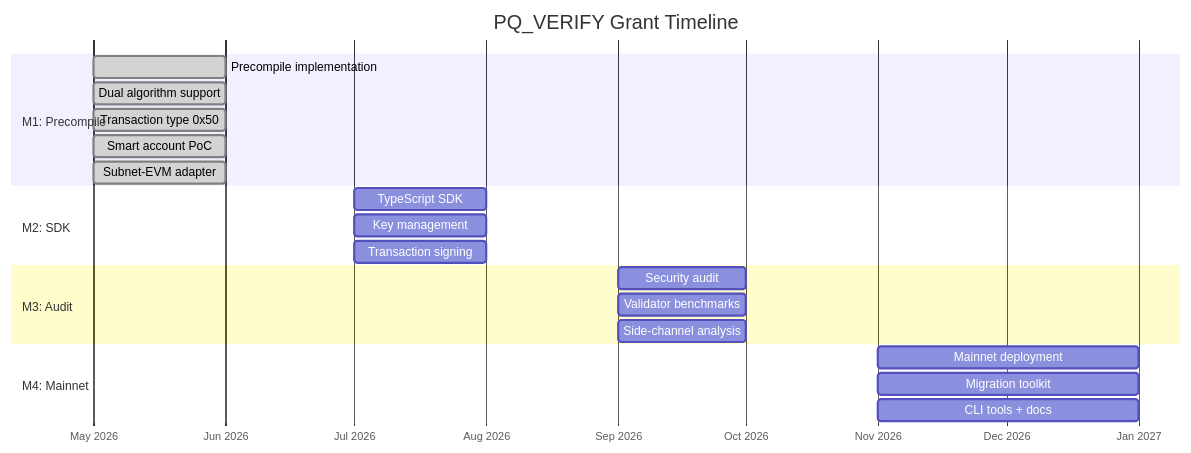
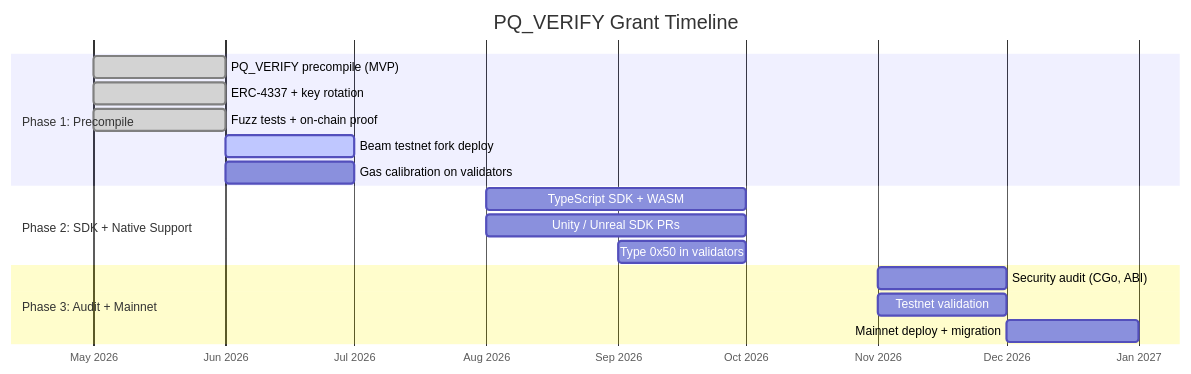
The fifth of 5 diagrams in README.md (SAHU-01/pq-beam-verify-precompile), drawn with Mermaid before and after one commit. The commit also changed other lines of this file and 2 other files, not shown here.

Commit message:
docs: align all docs to 3-phase structure, fix remaining M1-M4 references

````diff
--- a/README.md
+++ b/README.md
@@ -356,28 +356,23 @@
 ```mermaid
 gantt
     title PQ_VERIFY Grant Timeline
     dateFormat YYYY-MM
     axisFormat %b %Y
 
-    section M1: Precompile
-    Precompile implementation     :done,  m1a, 2026-05, 2026-06
-    Dual algorithm support        :done,  m1b, 2026-05, 2026-06
-    Transaction type 0x50         :done,  m1c, 2026-05, 2026-06
-    Smart account PoC             :done,  m1d, 2026-05, 2026-06
-    Subnet-EVM adapter            :done,  m1e, 2026-05, 2026-06
+    section Phase 1: Precompile
+    PQ_VERIFY precompile (MVP)    :done,   p1a, 2026-05, 2026-06
+    ERC-4337 + key rotation       :done,   p1b, 2026-05, 2026-06
+    Fuzz tests + on-chain proof   :done,   p1c, 2026-05, 2026-06
+    Beam testnet fork deploy      :active, p1d, 2026-06, 2026-07
+    Gas calibration on validators :        p1e, 2026-06, 2026-07
 
-    section M2: SDK
-    TypeScript SDK                :       m2a, 2026-07, 2026-08
-    Key management                :       m2b, 2026-07, 2026-08
-    Transaction signing           :       m2c, 2026-07, 2026-08
+    section Phase 2: SDK + Native Support
+    TypeScript SDK + WASM         :        p2a, 2026-08, 2026-10
+    Unity / Unreal SDK PRs        :        p2b, 2026-08, 2026-10
+    Type 0x50 in validators       :        p2c, 2026-09, 2026-10
 
-    section M3: Audit
-    Security audit                :       m3a, 2026-09, 2026-10
-    Validator benchmarks          :       m3b, 2026-09, 2026-10
-    Side-channel analysis         :       m3c, 2026-09, 2026-10
-
-    section M4: Mainnet
-    Mainnet deployment            :       m4a, 2026-11, 2027-01
-    Migration toolkit             :       m4b, 2026-11, 2027-01
-    CLI tools + docs              :       m4c, 2026-11, 2027-01
+    section Phase 3: Audit + Mainnet
+    Security audit (CGo, ABI)     :        p3a, 2026-11, 2026-12
+    Testnet validation            :        p3b, 2026-11, 2026-12
+    Mainnet deploy + migration    :        p3c, 2026-12, 2027-01
 ```
````
